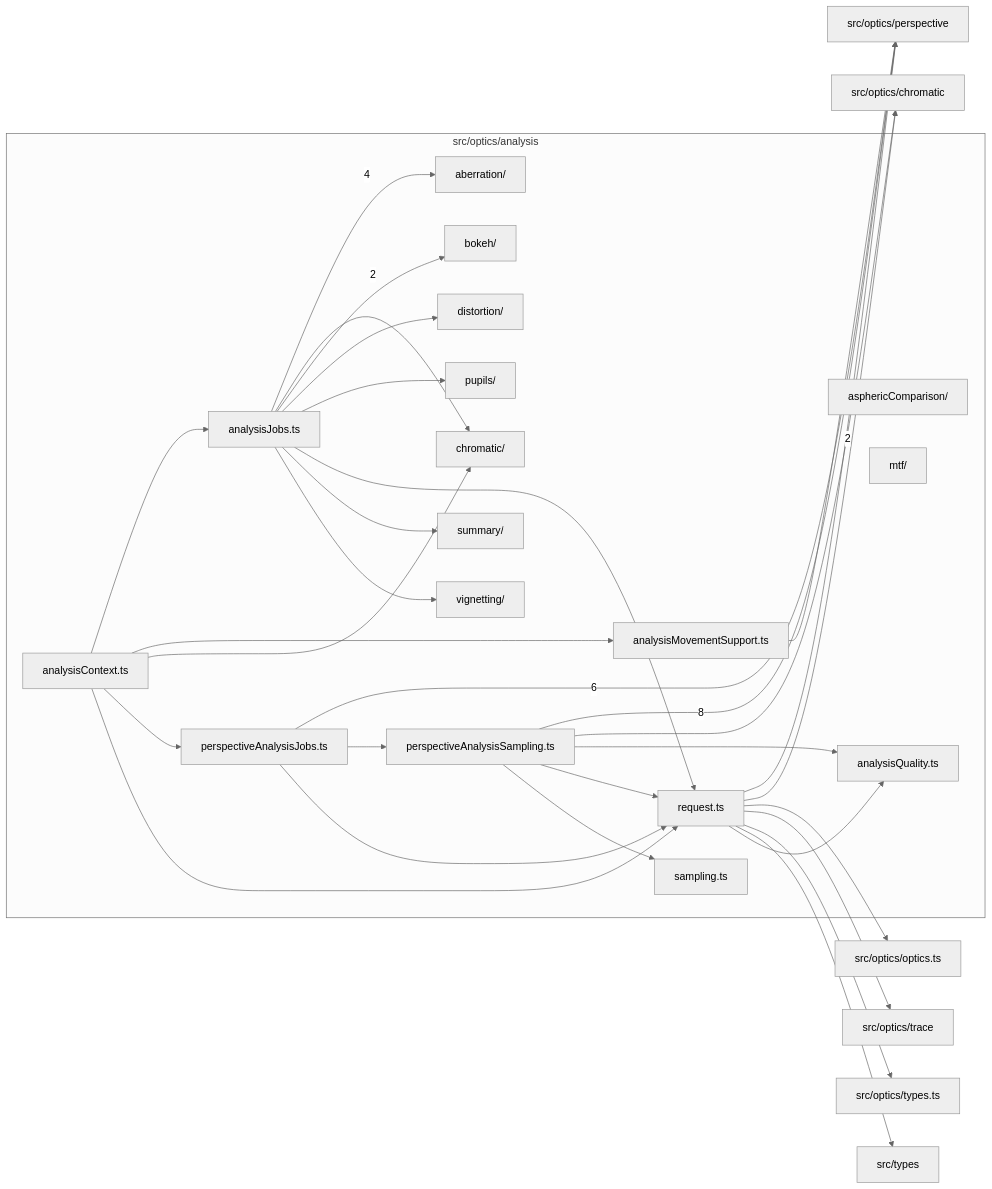
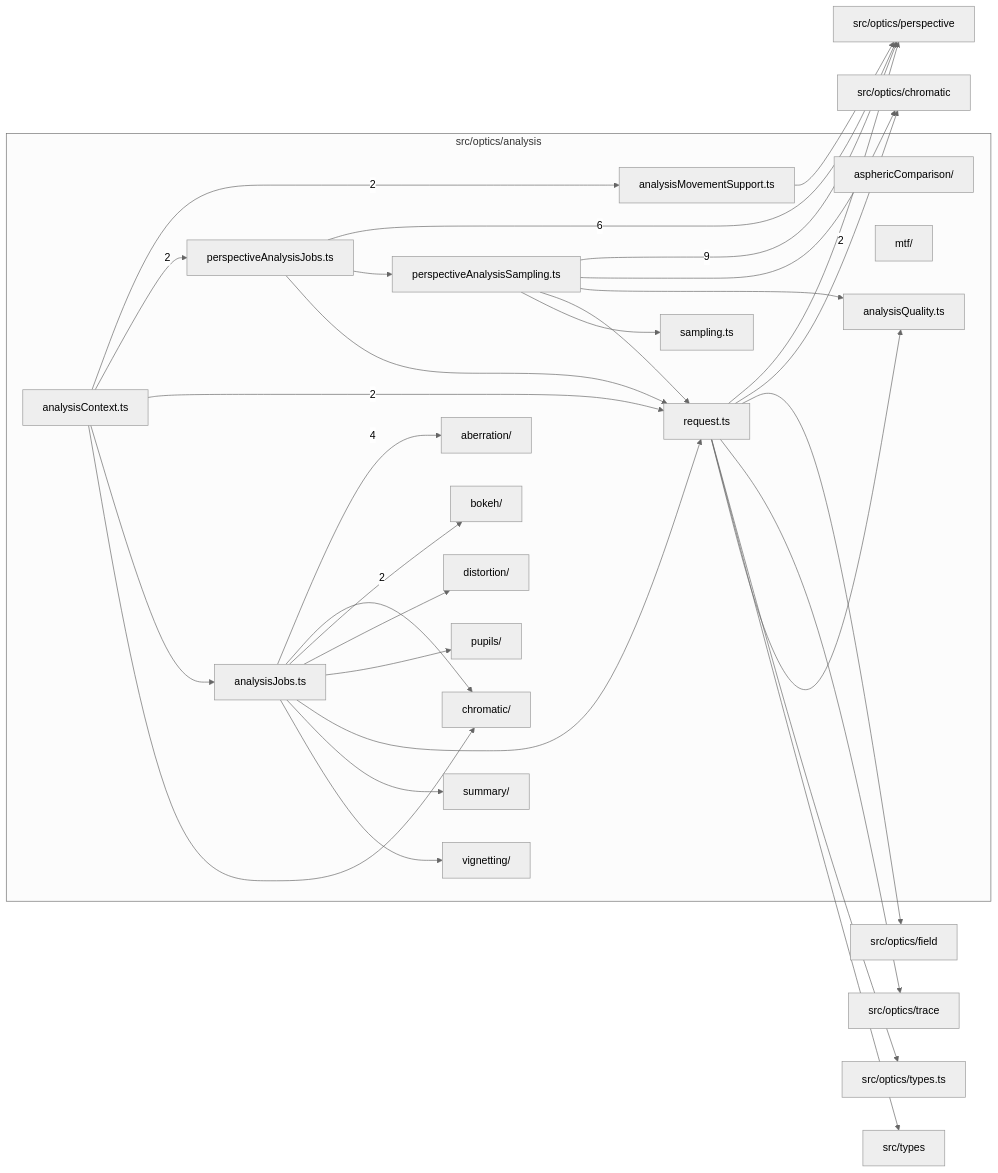
One commit to ronbuening/LensVisualizer changed the diagram in src/optics/analysis/readme.md. Above: the diagram before and after it, drawn with Mermaid (neutral theme). The commit also changed other lines of this file and 439 other files, not shown here.

````diff
--- a/src/optics/analysis/readme.md
+++ b/src/optics/analysis/readme.md
@@ -9,57 +9,57 @@
 ```mermaid
 flowchart LR
   subgraph n_src_optics_analysis["src/optics/analysis"]
     n_src_optics_analysis_src_optics_analysis_aberration["aberration/"]
     n_src_optics_analysis_src_optics_analysis_asphericComparison["asphericComparison/"]
     n_src_optics_analysis_src_optics_analysis_bokeh["bokeh/"]
     n_src_optics_analysis_src_optics_analysis_chromatic["chromatic/"]
     n_src_optics_analysis_src_optics_analysis_distortion["distortion/"]
     n_src_optics_analysis_src_optics_analysis_mtf["mtf/"]
     n_src_optics_analysis_src_optics_analysis_pupils["pupils/"]
     n_src_optics_analysis_src_optics_analysis_summary["summary/"]
     n_src_optics_analysis_src_optics_analysis_vignetting["vignetting/"]
     n_src_optics_analysis_src_optics_analysis_analysisContext_ts["analysisContext.ts"]
     n_src_optics_analysis_src_optics_analysis_analysisJobs_ts["analysisJobs.ts"]
     n_src_optics_analysis_src_optics_analysis_analysisMovementSupport_ts["analysisMovementSupport.ts"]
     n_src_optics_analysis_src_optics_analysis_analysisQuality_ts["analysisQuality.ts"]
     n_src_optics_analysis_src_optics_analysis_perspectiveAnalysisJobs_ts["perspectiveAnalysisJobs.ts"]
     n_src_optics_analysis_src_optics_analysis_perspectiveAnalysisSampling_ts["perspectiveAnalysisSampling.ts"]
     n_src_optics_analysis_src_optics_analysis_request_ts["request.ts"]
     n_src_optics_analysis_src_optics_analysis_sampling_ts["sampling.ts"]
   end
   n_external_src_optics_perspective["src/optics/perspective"]
   n_external_src_optics_chromatic["src/optics/chromatic"]
-  n_external_src_optics_optics_ts["src/optics/optics.ts"]
+  n_external_src_optics_field["src/optics/field"]
   n_external_src_optics_trace["src/optics/trace"]
   n_external_src_optics_types_ts["src/optics/types.ts"]
   n_external_src_types["src/types"]
-  n_src_optics_analysis_src_optics_analysis_perspectiveAnalysisSampling_ts --> |8| n_external_src_optics_perspective
+  n_src_optics_analysis_src_optics_analysis_perspectiveAnalysisSampling_ts --> |9| n_external_src_optics_perspective
   n_src_optics_analysis_src_optics_analysis_perspectiveAnalysisJobs_ts --> |6| n_external_src_optics_perspective
   n_src_optics_analysis_src_optics_analysis_analysisJobs_ts --> |4| n_src_optics_analysis_src_optics_analysis_aberration
   n_src_optics_analysis_src_optics_analysis_request_ts --> |2| n_external_src_optics_perspective
+  n_src_optics_analysis_src_optics_analysis_analysisContext_ts --> |2| n_src_optics_analysis_src_optics_analysis_analysisMovementSupport_ts
   n_src_optics_analysis_src_optics_analysis_analysisJobs_ts --> |2| n_src_optics_analysis_src_optics_analysis_chromatic
+  n_src_optics_analysis_src_optics_analysis_analysisContext_ts --> |2| n_src_optics_analysis_src_optics_analysis_perspectiveAnalysisJobs_ts
+  n_src_optics_analysis_src_optics_analysis_analysisContext_ts --> |2| n_src_optics_analysis_src_optics_analysis_request_ts
   n_src_optics_analysis_src_optics_analysis_perspectiveAnalysisSampling_ts --> n_external_src_optics_chromatic
   n_src_optics_analysis_src_optics_analysis_request_ts --> n_external_src_optics_chromatic
-  n_src_optics_analysis_src_optics_analysis_request_ts --> n_external_src_optics_optics_ts
+  n_src_optics_analysis_src_optics_analysis_request_ts --> n_external_src_optics_field
   n_src_optics_analysis_src_optics_analysis_analysisMovementSupport_ts --> n_external_src_optics_perspective
   n_src_optics_analysis_src_optics_analysis_request_ts --> n_external_src_optics_trace
   n_src_optics_analysis_src_optics_analysis_request_ts --> n_external_src_optics_types_ts
   n_src_optics_analysis_src_optics_analysis_request_ts --> n_external_src_types
   n_src_optics_analysis_src_optics_analysis_analysisContext_ts --> n_src_optics_analysis_src_optics_analysis_analysisJobs_ts
-  n_src_optics_analysis_src_optics_analysis_analysisContext_ts --> n_src_optics_analysis_src_optics_analysis_analysisMovementSupport_ts
   n_src_optics_analysis_src_optics_analysis_perspectiveAnalysisSampling_ts --> n_src_optics_analysis_src_optics_analysis_analysisQuality_ts
   n_src_optics_analysis_src_optics_analysis_request_ts --> n_src_optics_analysis_src_optics_analysis_analysisQuality_ts
   n_src_optics_analysis_src_optics_analysis_analysisJobs_ts --> n_src_optics_analysis_src_optics_analysis_bokeh
   n_src_optics_analysis_src_optics_analysis_analysisContext_ts --> n_src_optics_analysis_src_optics_analysis_chromatic
   n_src_optics_analysis_src_optics_analysis_analysisJobs_ts --> n_src_optics_analysis_src_optics_analysis_distortion
-  n_src_optics_analysis_src_optics_analysis_analysisContext_ts --> n_src_optics_analysis_src_optics_analysis_perspectiveAnalysisJobs_ts
   n_src_optics_analysis_src_optics_analysis_perspectiveAnalysisJobs_ts --> n_src_optics_analysis_src_optics_analysis_perspectiveAnalysisSampling_ts
   n_src_optics_analysis_src_optics_analysis_analysisJobs_ts --> n_src_optics_analysis_src_optics_analysis_pupils
-  n_src_optics_analysis_src_optics_analysis_analysisContext_ts --> n_src_optics_analysis_src_optics_analysis_request_ts
   n_src_optics_analysis_src_optics_analysis_analysisJobs_ts --> n_src_optics_analysis_src_optics_analysis_request_ts
   n_src_optics_analysis_src_optics_analysis_perspectiveAnalysisJobs_ts --> n_src_optics_analysis_src_optics_analysis_request_ts
   n_src_optics_analysis_src_optics_analysis_perspectiveAnalysisSampling_ts --> n_src_optics_analysis_src_optics_analysis_request_ts
   n_src_optics_analysis_src_optics_analysis_perspectiveAnalysisSampling_ts --> n_src_optics_analysis_src_optics_analysis_sampling_ts
   n_src_optics_analysis_src_optics_analysis_analysisJobs_ts --> n_src_optics_analysis_src_optics_analysis_summary
   n_src_optics_analysis_src_optics_analysis_analysisJobs_ts --> n_src_optics_analysis_src_optics_analysis_vignetting
 ```
````
